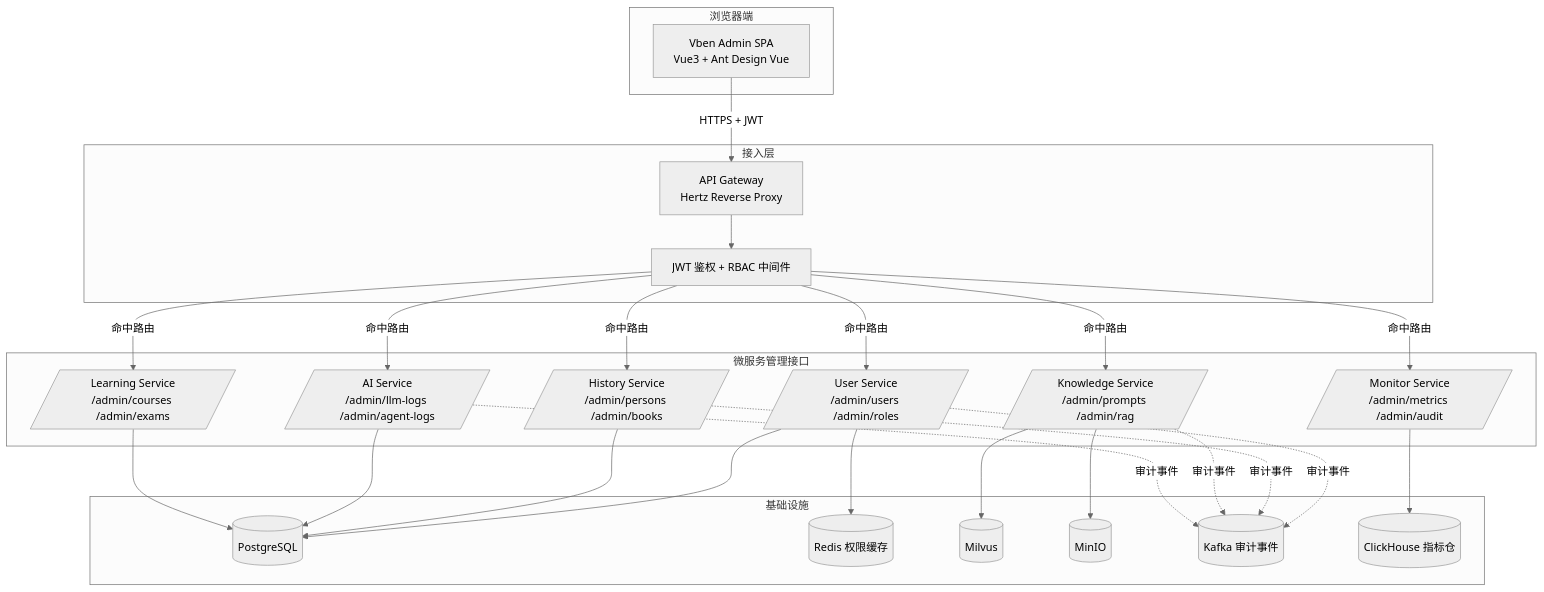
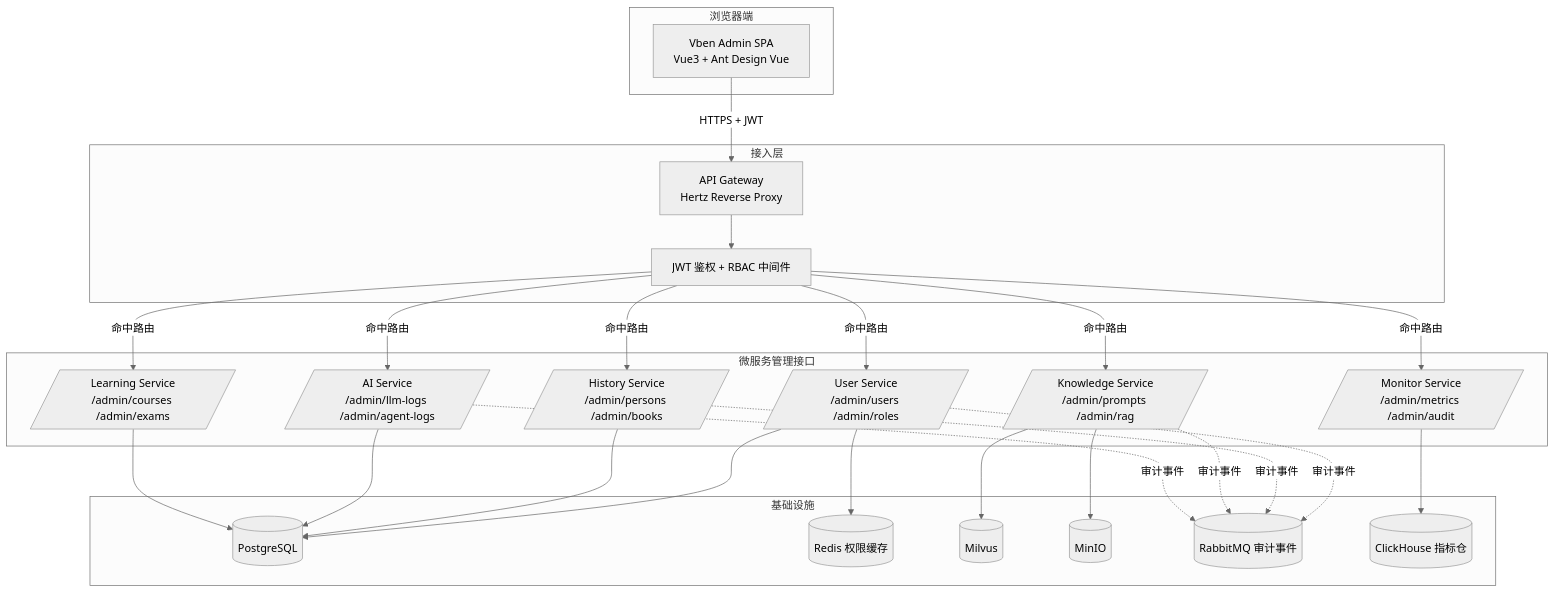
The first of 5 diagrams in 11-后台管理设计.md (zhangzhenling/TCM-History-AI), drawn with Mermaid (neutral theme) before and after one commit. The commit also changed other lines of this file and 8 other files, not shown here.

````diff
--- a/11-后台管理设计.md
+++ b/11-后台管理设计.md
@@ -9,51 +9,51 @@
 ```mermaid
 graph TB
     subgraph 浏览器端
         VB[Vben Admin SPA<br/>Vue3 + Ant Design Vue]
     end
 
     subgraph 接入层
         GW[API Gateway<br/>Hertz Reverse Proxy]
         AUTH[JWT 鉴权 + RBAC 中间件]
     end
 
     subgraph 微服务管理接口
         US[/User Service<br/>/admin/users /admin/roles/]
         HS[/History Service<br/>/admin/persons /admin/books/]
         KS[/Knowledge Service<br/>/admin/prompts /admin/rag/]
         AIS[/AI Service<br/>/admin/llm-logs /admin/agent-logs/]
         LS[/Learning Service<br/>/admin/courses /admin/exams/]
         MS[/Monitor Service<br/>/admin/metrics /admin/audit/]
     end
 
     subgraph 基础设施
         PG[(PostgreSQL)]
         RD[(Redis 权限缓存)]
         MIL[(Milvus)]
         MIN[(MinIO)]
-        KF[(Kafka 审计事件)]
+        KF[(RabbitMQ 审计事件)]
         ES[(ClickHouse 指标仓)]
     end
 
     VB -->|HTTPS + JWT| GW
     GW --> AUTH
     AUTH -->|命中路由| US
     AUTH -->|命中路由| HS
     AUTH -->|命中路由| KS
     AUTH -->|命中路由| AIS
     AUTH -->|命中路由| LS
     AUTH -->|命中路由| MS
 
     US --> PG
     US --> RD
     HS --> PG
     KS --> MIL
     KS --> MIN
     AIS --> PG
     LS --> PG
     MS --> ES
     US -.审计事件.-> KF
     HS -.审计事件.-> KF
     KS -.审计事件.-> KF
     AIS -.审计事件.-> KF
 ```
````
